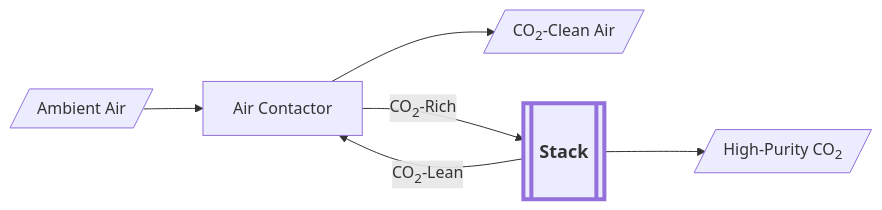
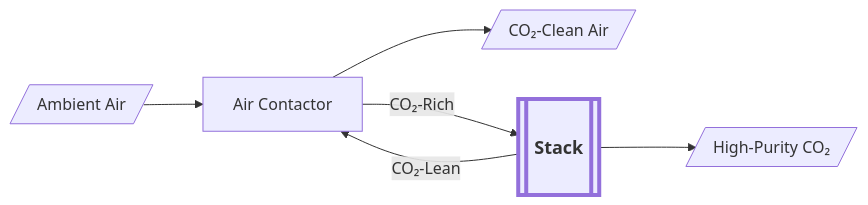
One commit to yuroucelinexiao/ionic-stacks changed the first of 2 diagrams in content/tech/sectors/dac/_index.md. Above: the diagram before and after it, drawn with Mermaid. The commit also changed other lines of this file and 32 other files, not shown here.

```diff
--- a/content/tech/sectors/dac/_index.md
+++ b/content/tech/sectors/dac/_index.md
@@ -24,23 +24,23 @@
 {{<mermaid >}}
   flowchart LR
 
   %% define the nodes
     Ambient[/"Ambient Air"/]
     Contactor["Air Contactor"]
-    Clean[/"CO<sub>2</sub>-Clean Air"/]
-    Pure[/"High-Purity CO<sub>2</sub>"/]
+    Clean[/"CO₂-Clean Air"/]
+    Pure[/"High-Purity CO₂"/]
     Stack[["Stack"]]
     
 
   %% define the flow
     Ambient --> Contactor
     Contactor --> Clean
-    Contactor --> |CO<sub>2</sub>-Rich| Stack
-    Stack --> |CO<sub>2</sub>-Lean| Contactor
+    Contactor --> |CO₂-Rich| Stack
+    Stack --> |CO₂-Lean| Contactor
     Stack --> Pure
 
    %% styling
     classDef StackStyle padding:25px 50px,stroke-width:4px,font-weight:bold,font-size:18px;
     class Stack StackStyle
 
 {{</mermaid >}}
```
